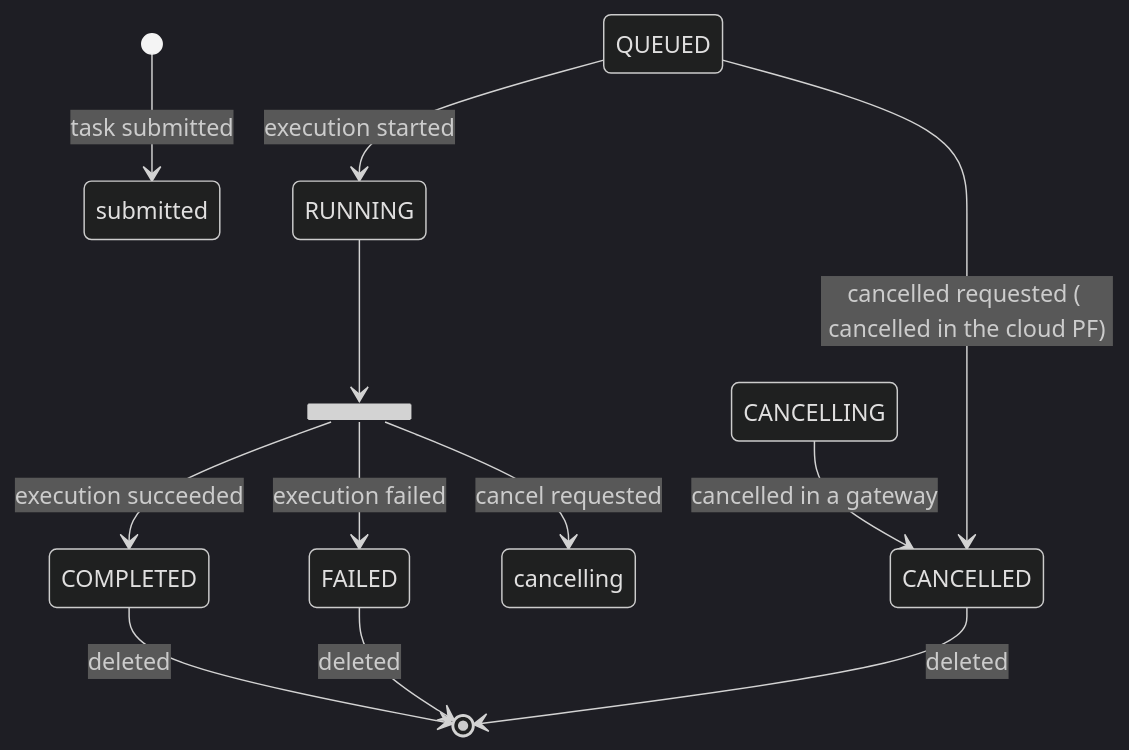
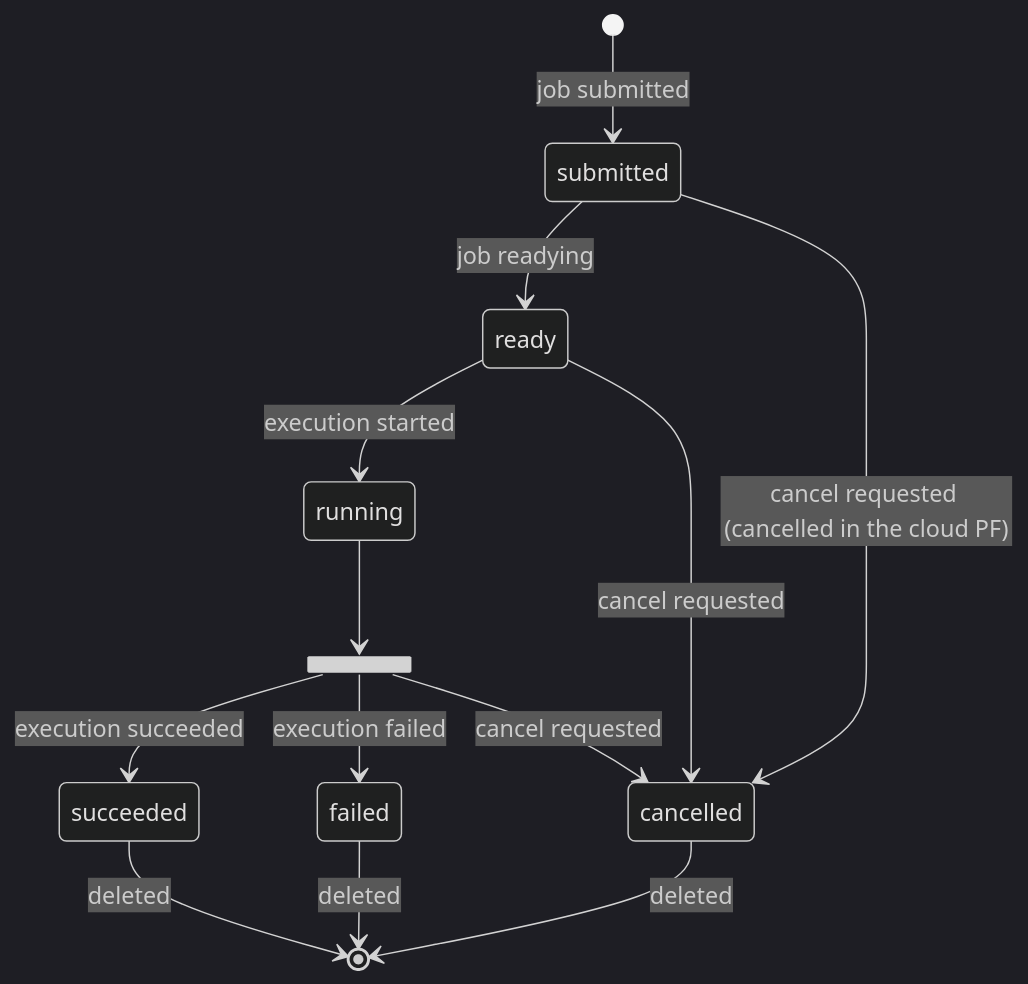
Before and after one commit to oqtopus-team/oqtopus-cloud: the diagram in docs/ja/architecture/task_state_transition_diagram.md, drawn with Mermaid (dark theme). The commit also changed other lines of this file and 37 other files, not shown here.

````diff
--- a/docs/ja/architecture/task_state_transition_diagram.md
+++ b/docs/ja/architecture/task_state_transition_diagram.md
@@ -5,20 +3,21 @@
 ```mermaid
 stateDiagram-v2
-    [*] --> submitted :task submitted
+    [*] --> submitted :job submitted
 
-    QUEUED --> RUNNING : execution started
+    submitted --> ready : job readying
+    ready --> running : execution started
     
     state join_state <<join>>
-    RUNNING --> join_state
+    running --> join_state
     
     state join_state <<fork>>
-    join_state --> COMPLETED :execution succeeded
-    join_state --> FAILED :execution failed
-    join_state --> cancelling :cancel requested
+    join_state --> succeeded :execution succeeded
+    join_state --> failed :execution failed
+    join_state --> cancelled :cancel requested
     
-    COMPLETED --> [*] :deleted
-    FAILED --> [*] :deleted
-    CANCELLING --> CANCELLED :cancelled in a gateway
-    QUEUED --> CANCELLED :cancelled requested ( cancelled in the cloud PF)
-    CANCELLED --> [*] :deleted
+    succeeded --> [*] :deleted
+    failed --> [*] :deleted
+    submitted --> cancelled :cancel requested (cancelled in the cloud PF)
+    ready --> cancelled :cancel requested
+    cancelled --> [*] :deleted
 ```
````
